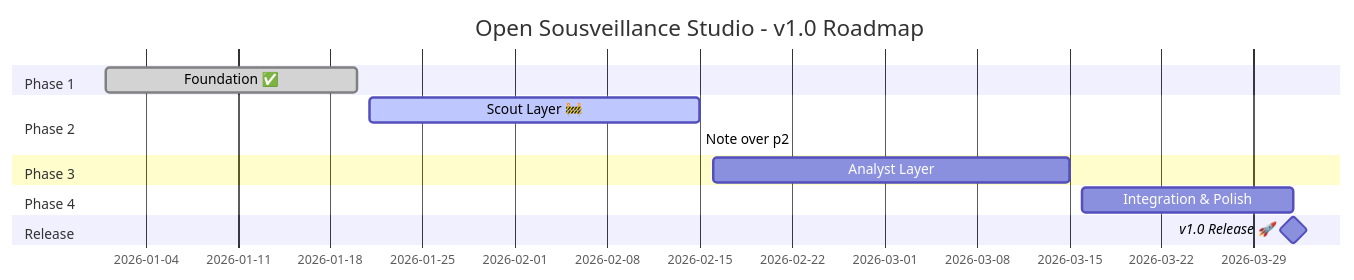
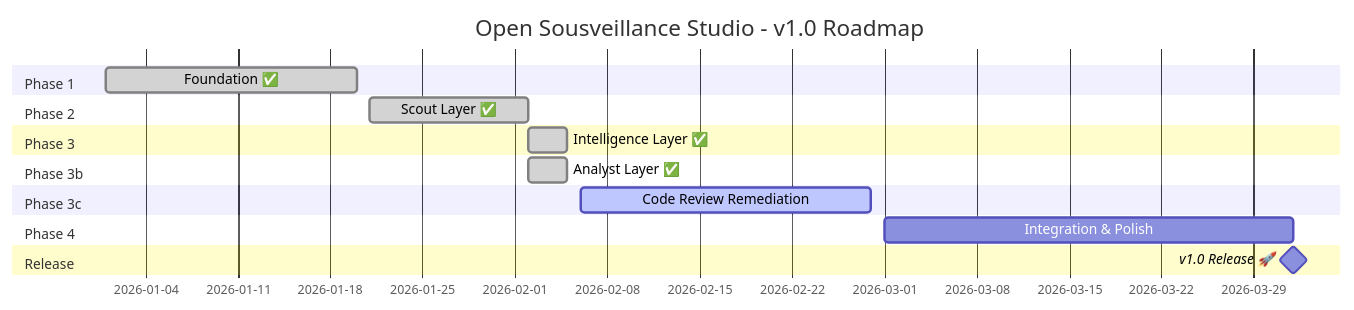
One commit to Hams-Ollo/open-sousveillance-studio changed the first of 3 diagrams in docs/PROJECT_PLAN.md. Above: the diagram before and after it, drawn with Mermaid. The commit also changed other lines of this file and 43 other files, not shown here.

First line of the commit message:
docs: Complete P0 and P1 code review remediation with intelligence layer integration, agent registry, API security, and production infrastructure

````diff
--- a/docs/PROJECT_PLAN.md
+++ b/docs/PROJECT_PLAN.md
@@ -35,21 +35,26 @@
 ```mermaid
 gantt
     title Open Sousveillance Studio - v1.0 Roadmap
     dateFormat  YYYY-MM-DD
 
     section Phase 1
     Foundation ✅           :done, p1, 2026-01-01, 2026-01-20
 
     section Phase 2
-    Scout Layer 🚧          :active, p2, 2026-01-21, 2026-02-15
-    Note over p2: Scouts run daily at 4am and can be manually triggered via API or Dev Console
+    Scout Layer ✅          :done, p2, 2026-01-21, 2026-02-02
 
     section Phase 3
-    Analyst Layer           :p3, 2026-02-16, 2026-03-15
+    Intelligence Layer ✅   :done, p3, 2026-02-02, 2026-02-05
+
+    section Phase 3b
+    Analyst Layer ✅        :done, p3b, 2026-02-02, 2026-02-05
+
+    section Phase 3c
+    Code Review Remediation :active, p3c, 2026-02-06, 2026-02-28
 
     section Phase 4
-    Integration & Polish    :p4, 2026-03-16, 2026-04-01
+    Integration & Polish    :p4, 2026-03-01, 2026-04-01
 
     section Release
     v1.0 Release 🚀         :milestone, 2026-04-01, 0d
 ```
````
